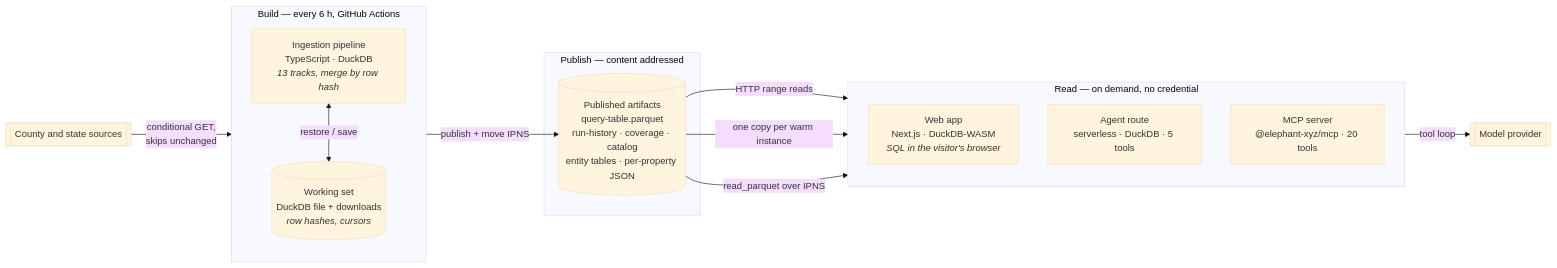
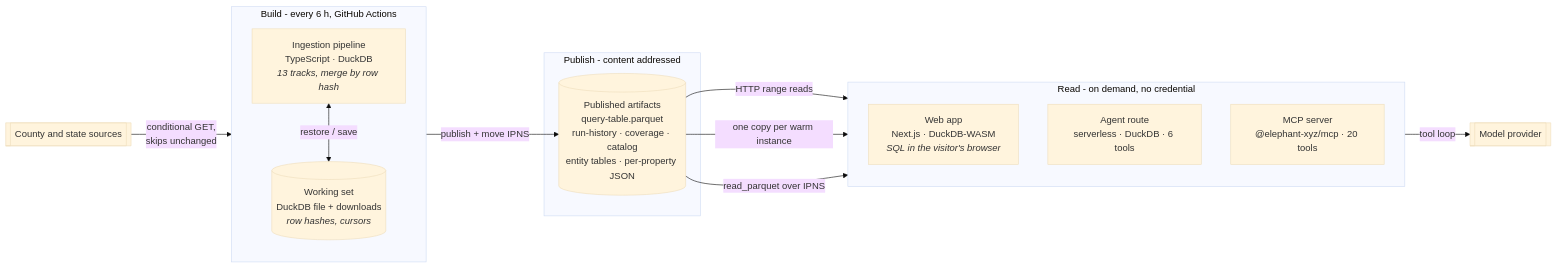
Before and after one commit to m-ratnikov/oracle-property-intelligence-platform-pipeline-duval-fl: the second of 9 diagrams in docs/ARCHITECTURE.md, drawn with Mermaid (base theme). The commit also changed other lines of this file and 43 other files, not shown here.

````diff
--- a/docs/ARCHITECTURE.md
+++ b/docs/ARCHITECTURE.md
@@ -55,31 +55,31 @@
 ```mermaid
 flowchart LR
     sources[["County and state sources"]]
 
-    subgraph build ["Build — every 6 h, GitHub Actions"]
+    subgraph build ["Build - every 6 h, GitHub Actions"]
         direction TB
         pipe["Ingestion pipeline<br/>TypeScript · DuckDB<br/><i>13 tracks, merge by row hash</i>"]
         work[("Working set<br/>DuckDB file + downloads<br/><i>row hashes, cursors</i>")]
     end
 
-    subgraph publish ["Publish — content addressed"]
+    subgraph publish ["Publish - content addressed"]
         art[("Published artifacts<br/>query-table.parquet<br/>run-history · coverage · catalog<br/>entity tables · per-property JSON")]
     end
 
-    subgraph read ["Read — on demand, no credential"]
+    subgraph read ["Read - on demand, no credential"]
         direction TB
         web["Web app<br/>Next.js · DuckDB-WASM<br/><i>SQL in the visitor's browser</i>"]
-        agent["Agent route<br/>serverless · DuckDB · 5 tools"]
+        agent["Agent route<br/>serverless · DuckDB · 6 tools"]
         mcp["MCP server<br/>@elephant-xyz/mcp · 20 tools"]
     end
 
     llm[["Model provider"]]
 
     sources -->|conditional GET,<br/>skips unchanged| pipe
     pipe <-->|restore / save| work
     pipe -->|publish + move IPNS| art
     art -->|HTTP range reads| web
     art -->|one copy per warm instance| agent
     art -->|read_parquet over IPNS| mcp
     agent -->|tool loop| llm
 ```
````
